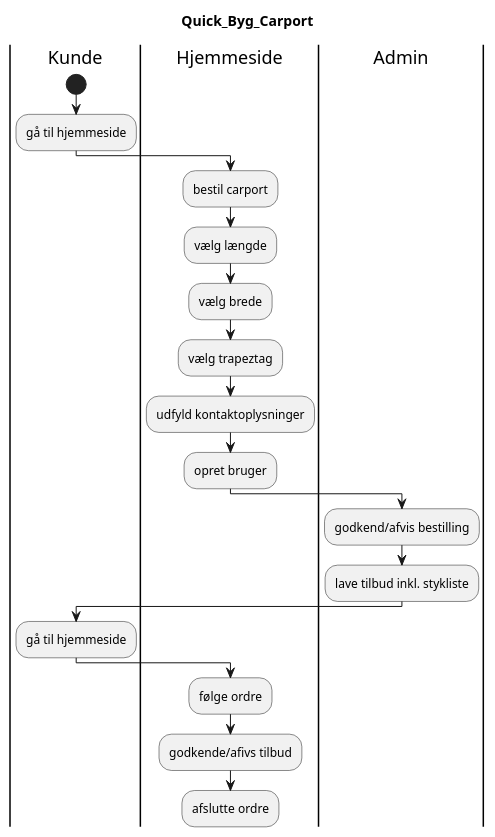
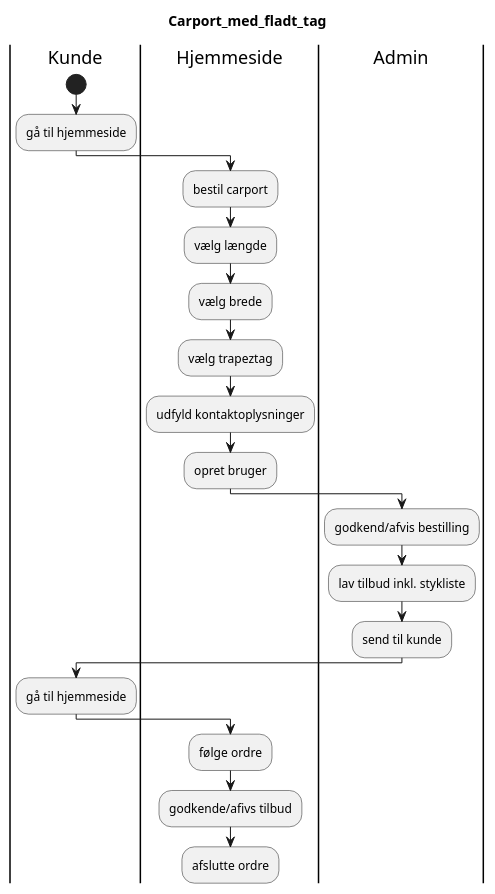
Before and after one commit to JuliusLansner/CarportWebapp: the diagram in src/main/plantUML/activity_diagram.puml, drawn with PlantUML.

```diff
--- a/src/main/plantUML/activity_diagram.puml
+++ b/src/main/plantUML/activity_diagram.puml
@@ -1,27 +1,28 @@
 @startuml
-Title Quick_Byg_Carport
+!pragma layout smetana
+Title Carport_med_fladt_tag
+
 |Kunde|
-
-
 start
 :gå til hjemmeside;
 |Hjemmeside|
 :bestil carport;
 :vælg længde;
 :vælg brede;
 :vælg trapeztag;
 :udfyld kontaktoplysninger;
 :opret bruger;
 |Admin|
 :godkend/afvis bestilling;
-:lave tilbud inkl. stykliste;
+:lav tilbud inkl. stykliste;
+:send til kunde;
 |Kunde|
 :gå til hjemmeside;
 |Hjemmeside|
 
 :følge ordre;
 :godkende/afivs tilbud;
 |Hjemmeside|
 :afslutte ordre;
 
 @enduml
```
